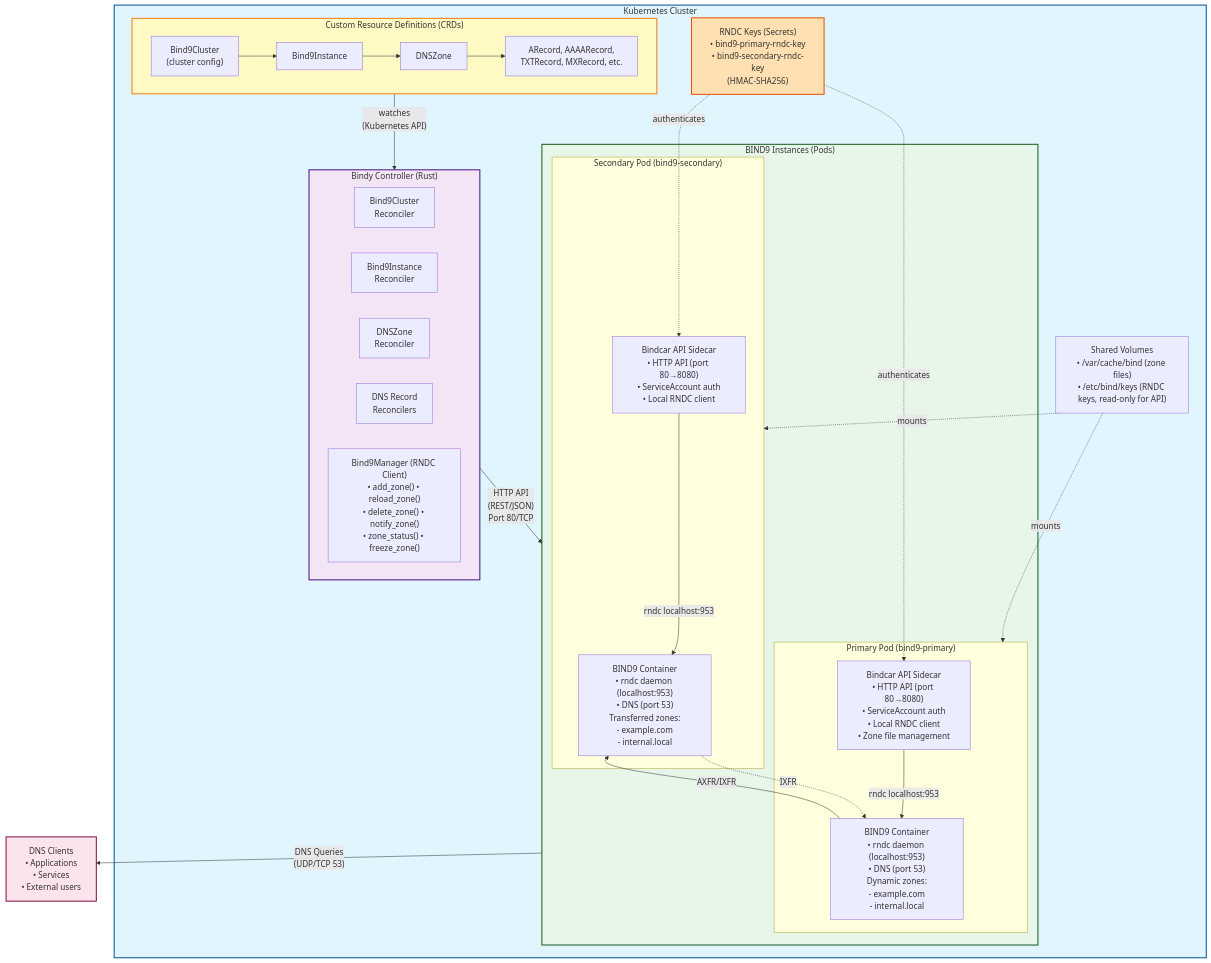
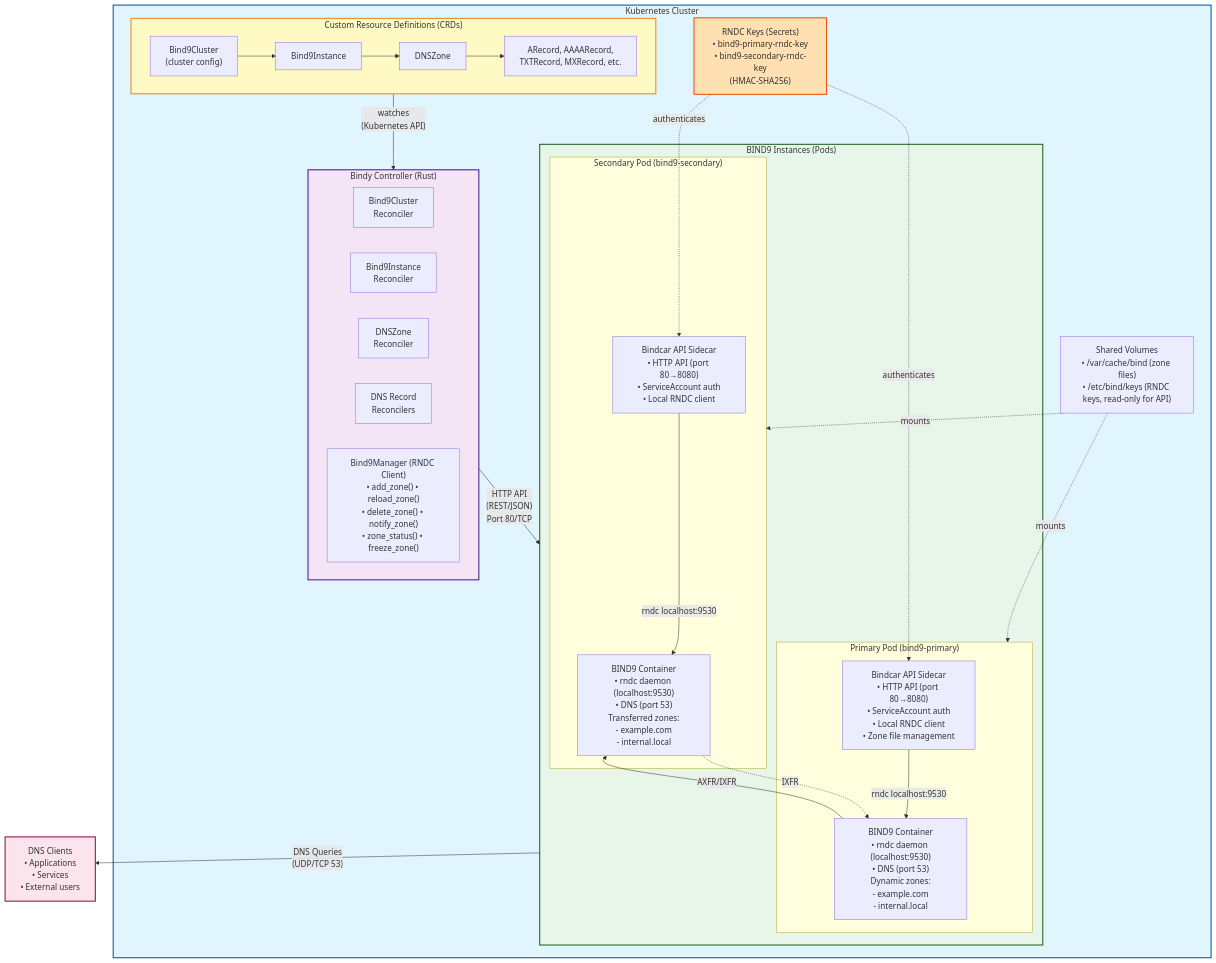
The diagram in docs/src/concepts/architecture-rndc.md (firestoned/bindy), drawn with Mermaid before and after one commit. The commit also changed other lines of this file and 29 other files, not shown here.

````diff
--- a/docs/src/concepts/architecture-rndc.md
+++ b/docs/src/concepts/architecture-rndc.md
@@ -7,61 +7,61 @@
 ```mermaid
 graph TB
     subgraph k8s["Kubernetes Cluster"]
         subgraph crds["Custom Resource Definitions (CRDs)"]
             cluster["Bind9Cluster<br/>(cluster config)"]
             instance["Bind9Instance"]
             zone["DNSZone"]
             records["ARecord, AAAARecord,<br/>TXTRecord, MXRecord, etc."]
 
             cluster --> instance
             instance --> zone
             zone --> records
         end
 
         subgraph controller["Bindy Controller (Rust)"]
             rec1["Bind9Cluster<br/>Reconciler"]
             rec2["Bind9Instance<br/>Reconciler"]
             rec3["DNSZone<br/>Reconciler"]
             rec4["DNS Record<br/>Reconcilers"]
             manager["Bind9Manager (RNDC Client)<br/>• add_zone() • reload_zone()<br/>• delete_zone() • notify_zone()<br/>• zone_status() • freeze_zone()"]
         end
 
         subgraph bind9["BIND9 Instances (Pods)"]
             subgraph primary_pod["Primary Pod (bind9-primary)"]
-                primary_bind["BIND9 Container<br/>• rndc daemon (localhost:953)<br/>• DNS (port 53)<br/>Dynamic zones:<br/>- example.com<br/>- internal.local"]
+                primary_bind["BIND9 Container<br/>• rndc daemon (localhost:9530)<br/>• DNS (port 53)<br/>Dynamic zones:<br/>- example.com<br/>- internal.local"]
                 primary_api["Bindcar API Sidecar<br/>• HTTP API (port 80→8080)<br/>• ServiceAccount auth<br/>• Local RNDC client<br/>• Zone file management"]
 
-                primary_api -->|"rndc localhost:953"| primary_bind
+                primary_api -->|"rndc localhost:9530"| primary_bind
             end
 
             subgraph secondary_pod["Secondary Pod (bind9-secondary)"]
-                secondary_bind["BIND9 Container<br/>• rndc daemon (localhost:953)<br/>• DNS (port 53)<br/>Transferred zones:<br/>- example.com<br/>- internal.local"]
+                secondary_bind["BIND9 Container<br/>• rndc daemon (localhost:9530)<br/>• DNS (port 53)<br/>Transferred zones:<br/>- example.com<br/>- internal.local"]
                 secondary_api["Bindcar API Sidecar<br/>• HTTP API (port 80→8080)<br/>• ServiceAccount auth<br/>• Local RNDC client"]
 
-                secondary_api -->|"rndc localhost:953"| secondary_bind
+                secondary_api -->|"rndc localhost:9530"| secondary_bind
             end
         end
 
         secrets["RNDC Keys (Secrets)<br/>• bind9-primary-rndc-key<br/>• bind9-secondary-rndc-key<br/>(HMAC-SHA256)"]
         volumes["Shared Volumes<br/>• /var/cache/bind (zone files)<br/>• /etc/bind/keys (RNDC keys, read-only for API)"]
     end
 
     clients["DNS Clients<br/>• Applications<br/>• Services<br/>• External users"]
 
     crds -->|"watches<br/>(Kubernetes API)"| controller
     controller -->|"HTTP API<br/>(REST/JSON)<br/>Port 80/TCP"| bind9
     volumes -.->|"mounts"| primary_pod
     volumes -.->|"mounts"| secondary_pod
     primary_bind -->|"AXFR/IXFR"| secondary_bind
     secondary_bind -.->|"IXFR"| primary_bind
     bind9 -->|"DNS Queries<br/>(UDP/TCP 53)"| clients
     secrets -.->|"authenticates"| primary_api
     secrets -.->|"authenticates"| secondary_api
 
     style k8s fill:#e1f5ff,stroke:#01579b,stroke-width:2px
     style crds fill:#fff9c4,stroke:#f57f17,stroke-width:2px
     style controller fill:#f3e5f5,stroke:#4a148c,stroke-width:2px
     style bind9 fill:#e8f5e9,stroke:#1b5e20,stroke-width:2px
     style secrets fill:#ffe0b2,stroke:#e65100,stroke-width:2px
     style clients fill:#fce4ec,stroke:#880e4f,stroke-width:2px
 ```
````
